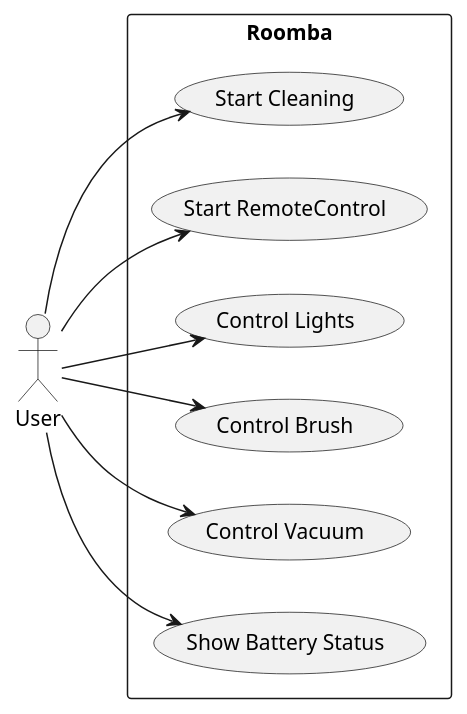
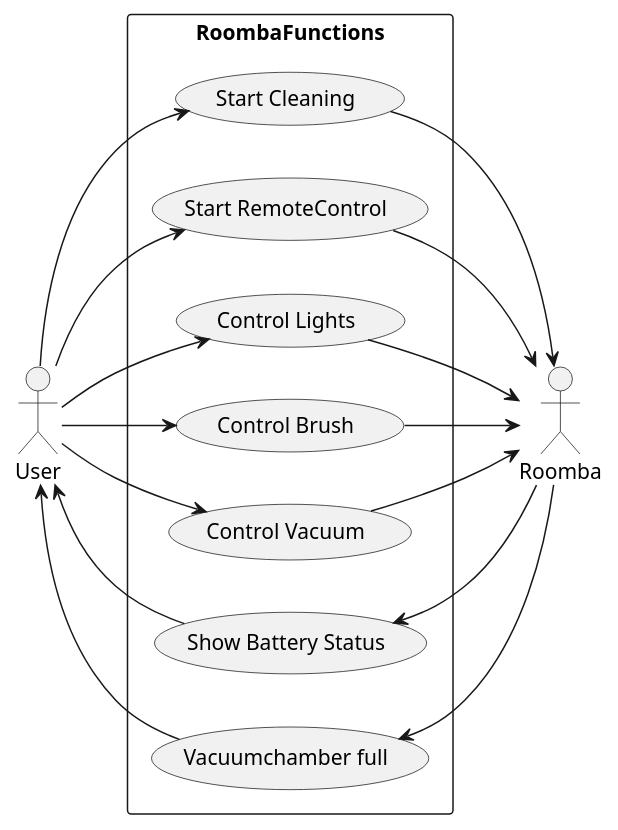
Before and after one commit to Hoog-V/Roomba_project_cpp: the diagram in Documentatie/Diagrammen/Roomba Use Case diagram.puml, drawn with PlantUML. The commit also changed 3 other files, not shown here.

Commit message:
-enh state diagram & use case diagram

```diff
--- a/Documentatie/Diagrammen/Roomba Use Case diagram.puml
+++ b/Documentatie/Diagrammen/Roomba Use Case diagram.puml
@@ -1,16 +1,27 @@
-@startuml
+@startuml Use Case Diagram
 
 left to right direction
 
 actor User
+actor Roomba
 
-rectangle Roomba {
+rectangle RoombaFunctions {
   User --> (Start Cleaning)
   User --> (Start RemoteControl)
   User --> (Control Lights)
   User --> (Control Brush)
   User --> (Control Vacuum)
-  User --> (Show Battery Status) 
+  User <-- (Show Battery Status) 
+  User <-- (Vacuumchamber full)
 }
 
+ (Vacuumchamber full) <-down- Roomba
+ (Show Battery Status) <-down- Roomba
+ (Start Cleaning) -> Roomba
+ (Start RemoteControl) -> Roomba
+ (Control Lights) -> Roomba 
+ (Control Brush) -> Roomba 
+ (Control Vacuum) -> Roomba
+ 
+
 @enduml
```
